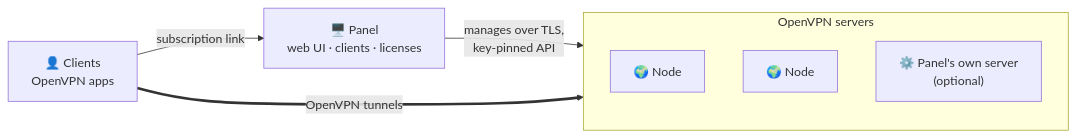
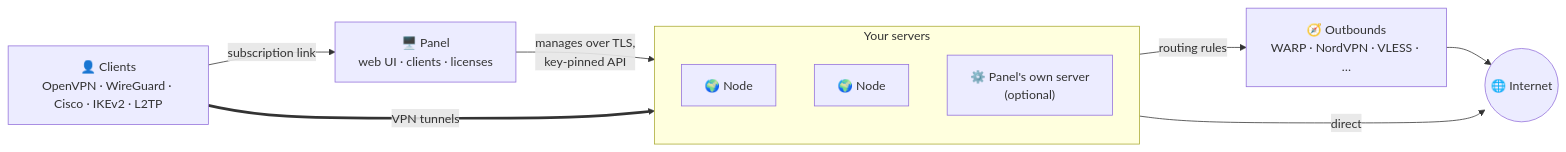
One commit to Erfan-XRay/Ovira changed the diagram in README.fa.md. Above: the diagram before and after it, drawn with Mermaid. The commit also changed other lines of this file and 29 other files, not shown here.

````diff
--- a/README.fa.md
+++ b/README.fa.md
@@ -196,14 +213,19 @@
 ```mermaid
 flowchart LR
-    C["👤 Clients<br/>OpenVPN apps"]
+    C["👤 Clients<br/>OpenVPN · WireGuard · Cisco · IKEv2 · L2TP"]
     P["🖥️ Panel<br/>web UI · clients · licenses"]
-    subgraph S["OpenVPN servers"]
+    subgraph S["Your servers"]
         direction TB
         N1["🌍 Node"]
         N2["🌍 Node"]
         L["⚙️ Panel's own server<br/>(optional)"]
     end
+    O["🧭 Outbounds<br/>WARP · NordVPN · VLESS · …"]
+    I(("🌐 Internet"))
     C -- "subscription link" --> P
     P -- "manages over TLS,<br/>key-pinned API" --> S
-    C == "OpenVPN tunnels" ==> S
+    C == "VPN tunnels" ==> S
+    S -- "routing rules" --> O
+    S -- "direct" --> I
+    O --> I
 ```
````
